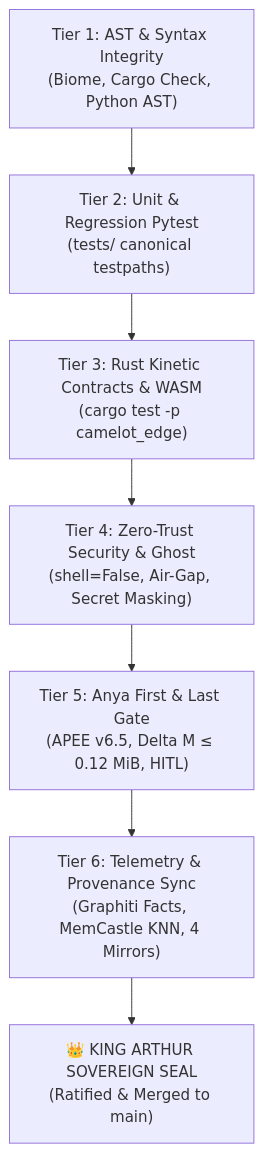
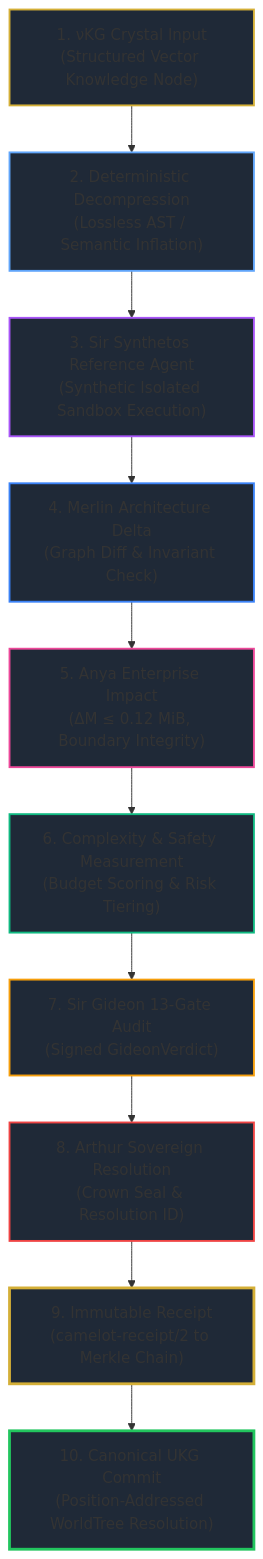
The diagram in vfs/verification.md (Cyberdad247/Camelot-Ecosystem), drawn with Mermaid before and after one commit. The commit also changed other lines of this file and 10 other files, not shown here.

Commit message:
feat(synthetos): implement pure-proof 10-step execution path, vfs/task.md DAG (DG-000 to DG-300), and P0-P11 verification regime

````diff
--- a/vfs/verification.md
+++ b/vfs/verification.md
@@ -21,9 +45,23 @@
 ```mermaid
-graph TD
-    T1["Tier 1: AST & Syntax Integrity<br/>(Biome, Cargo Check, Python AST)"] --> T2["Tier 2: Unit & Regression Pytest<br/>(tests/ canonical testpaths)"]
-    T2 --> T3["Tier 3: Rust Kinetic Contracts & WASM<br/>(cargo test -p camelot_edge)"]
-    T3 --> T4["Tier 4: Zero-Trust Security & Ghost<br/>(shell=False, Air-Gap, Secret Masking)"]
-    T4 --> T5["Tier 5: Anya First & Last Gate<br/>(APEE v6.5, Delta M ≤ 0.12 MiB, HITL)"]
-    T5 --> T6["Tier 6: Telemetry & Provenance Sync<br/>(Graphiti Facts, MemCastle KNN, 4 Mirrors)"]
-    T6 --> SEAL["👑 KING ARTHUR SOVEREIGN SEAL<br/>(Ratified & Merged to main)"]
+flowchart TD
+    NKG["1. νKG Crystal Input<br/>(Structured Vector Knowledge Node)"] --> DECOMP["2. Deterministic Decompression<br/>(Lossless AST / Semantic Inflation)"]
+    DECOMP --> SYNTH["3. Sir Synthetos Reference Agent<br/>(Synthetic Isolated Sandbox Execution)"]
+    SYNTH --> MERLIN["4. Merlin Architecture Delta<br/>(Graph Diff & Invariant Check)"]
+    MERLIN --> ANYA["5. Anya Enterprise Impact<br/>(ΔM ≤ 0.12 MiB, Boundary Integrity)"]
+    ANYA --> SAFETY["6. Complexity & Safety Measurement<br/>(Budget Scoring & Risk Tiering)"]
+    SAFETY --> GIDEON["7. Sir Gideon 13-Gate Audit<br/>(Signed GideonVerdict)"]
+    GIDEON --> ARTHUR["8. Arthur Sovereign Resolution<br/>(Crown Seal & Resolution ID)"]
+    ARTHUR --> RECEIPT["9. Immutable Receipt<br/>(camelot-receipt/2 to Merkle Chain)"]
+    RECEIPT --> UKG["10. Canonical UKG Commit<br/>(Position-Addressed WorldTree Resolution)"]
+
+    style NKG fill:#1f2937,stroke:#D4AF37,stroke-width:2px
+    style DECOMP fill:#1f2937,stroke:#60a5fa,stroke-width:2px
+    style SYNTH fill:#1f2937,stroke:#a855f7,stroke-width:2px
+    style MERLIN fill:#1f2937,stroke:#3b82f6,stroke-width:2px
+    style ANYA fill:#1f2937,stroke:#ec4899,stroke-width:2px
+    style SAFETY fill:#1f2937,stroke:#10b981,stroke-width:2px
+    style GIDEON fill:#1f2937,stroke:#f59e0b,stroke-width:2px
+    style ARTHUR fill:#1f2937,stroke:#ef4444,stroke-width:2px
+    style RECEIPT fill:#1f2937,stroke:#D4AF37,stroke-width:3px
+    style UKG fill:#1f2937,stroke:#22c55e,stroke-width:3px
 ```
````
